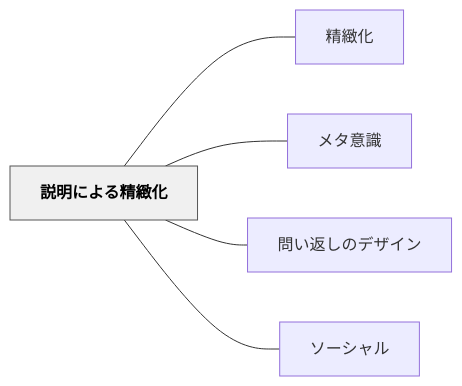
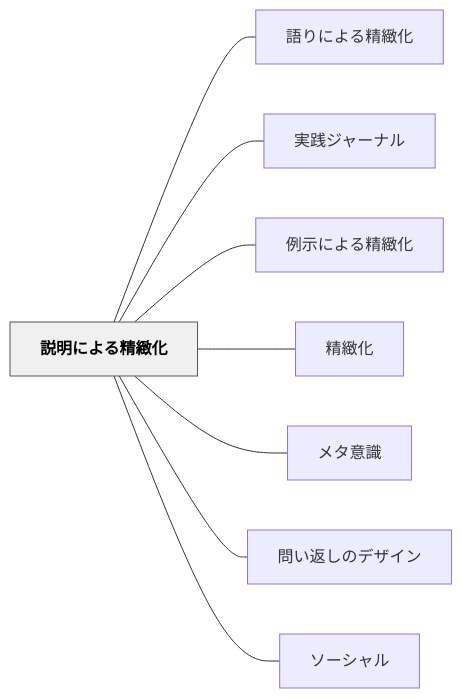
The diagram in content/パタン/説明による精緻化.md (unknownthings-ed-patterns/unknownthings-ed-patterns), drawn with Mermaid before and after one commit. The commit also changed other lines of this file and 473 other files, not shown here.

````diff
--- a/content/パタン/説明による精緻化.md
+++ b/content/パタン/説明による精緻化.md
@@ -52,16 +55,22 @@
 ```mermaid
 flowchart LR
     ne8aaace6988e["説明による精緻化"]
+    ne8aa9ee3828a["語りによる精緻化"]
+    ne5ae9fe8b7b5["実践ジャーナル"]
+    ne4be8be7a4ba["例示による精緻化"]
     ne7b2bee7b7bb["精緻化"]
     ne383a1e382bf["メタ意識"]
     ne5958fe38184["問い返しのデザイン"]
     ne382bde383bc["ソーシャル"]
 
+    ne8aaace6988e --- ne8aa9ee3828a
+    ne8aaace6988e --- ne5ae9fe8b7b5
+    ne8aaace6988e --- ne4be8be7a4ba
     ne8aaace6988e --- ne7b2bee7b7bb
     ne8aaace6988e --- ne383a1e382bf
     ne8aaace6988e --- ne5958fe38184
     ne8aaace6988e --- ne382bde383bc
 
     classDef hub fill:#f0f0f0,stroke:#555,color:#000,font-weight:bold
     class ne8aaace6988e hub
 ```
````
